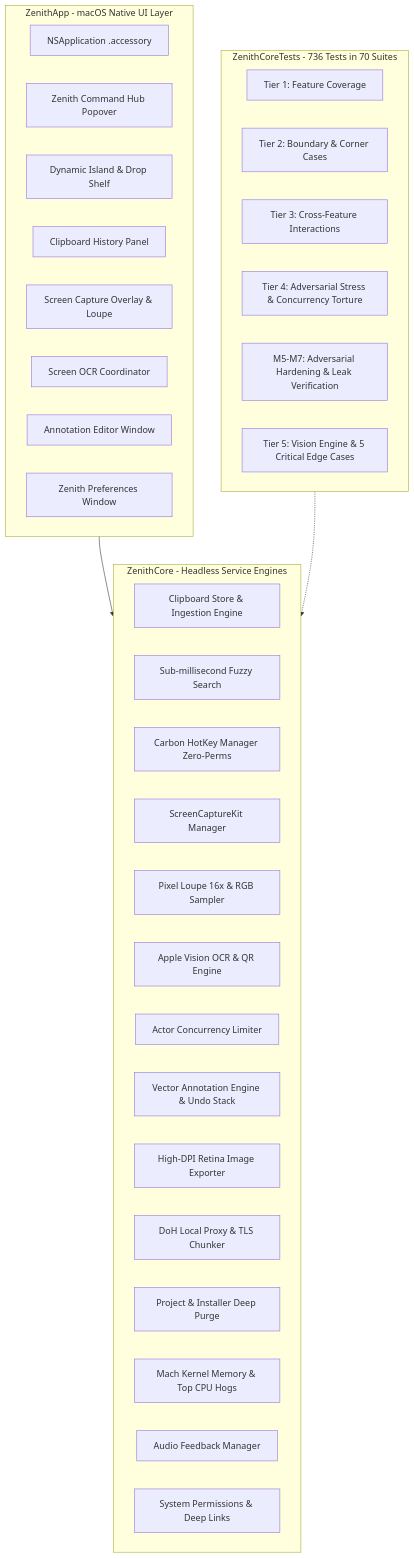
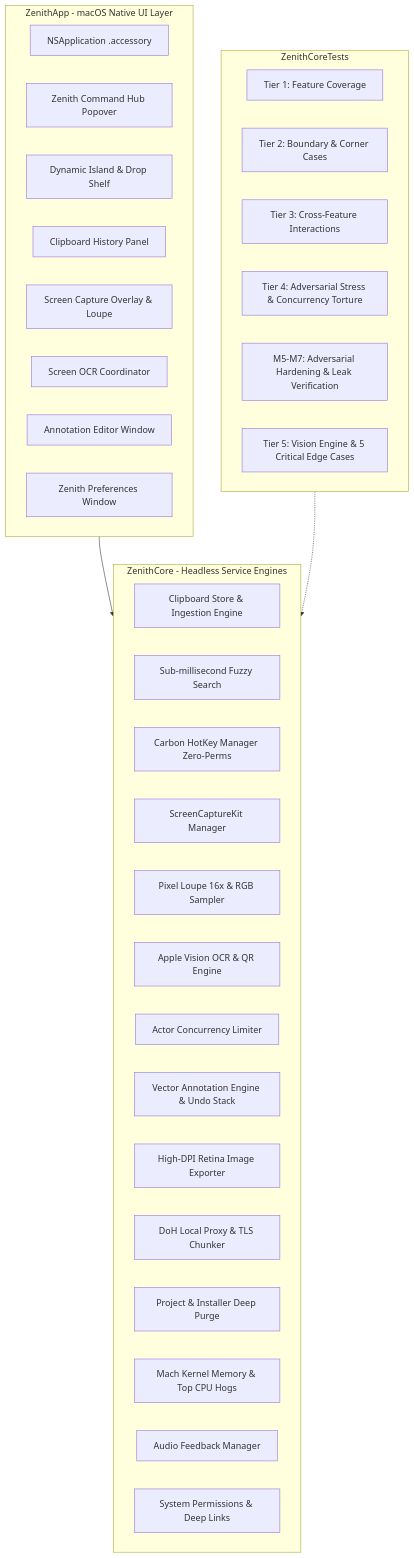
Before and after one commit to mynameisbat/zenith-macos: the diagram in README.md, drawn with Mermaid. The commit also changed other lines of this file and 4 other files, not shown here.

````diff
--- a/README.md
+++ b/README.md
@@ -208,42 +208,42 @@
 ```mermaid
 graph TD
     subgraph UI_Layer [ZenithApp - macOS Native UI Layer]
         NSApp[NSApplication .accessory]
         MenuHub[Zenith Command Hub Popover]
         NotchHUD[Dynamic Island & Drop Shelf]
         ClipPanel[Clipboard History Panel]
         CapOverlay[Screen Capture Overlay & Loupe]
         OCRCoordinator[Screen OCR Coordinator]
         AnnotWin[Annotation Editor Window]
         PrefWin[Zenith Preferences Window]
     end
 
     subgraph Core_Layer [ZenithCore - Headless Service Engines]
         ClipStore[Clipboard Store & Ingestion Engine]
         FuzzySearch[Sub-millisecond Fuzzy Search]
         HotKeys[Carbon HotKey Manager Zero-Perms]
         SCKit[ScreenCaptureKit Manager]
         Loupe[Pixel Loupe 16x & RGB Sampler]
         VisionEngine[Apple Vision OCR & QR Engine]
         VisionLimiter[Actor Concurrency Limiter]
         AnnotEngine[Vector Annotation Engine & Undo Stack]
         ExportService[High-DPI Retina Image Exporter]
         DoHProxy[DoH Local Proxy & TLS Chunker]
         PurgeService[Project & Installer Deep Purge]
         Telemetry[Mach Kernel Memory & Top CPU Hogs]
         AudioMgr[Audio Feedback Manager]
         Perms[System Permissions & Deep Links]
     end
 
-    subgraph Test_Layer [ZenithCoreTests - 736 Tests in 70 Suites]
+    subgraph Test_Layer [ZenithCoreTests]
         T1[Tier 1: Feature Coverage]
         T2[Tier 2: Boundary & Corner Cases]
         T3[Tier 3: Cross-Feature Interactions]
         T4[Tier 4: Adversarial Stress & Concurrency Torture]
         T5[M5-M7: Adversarial Hardening & Leak Verification]
         T6[Tier 5: Vision Engine & 5 Critical Edge Cases]
     end
 
     UI_Layer --> Core_Layer
     Test_Layer -.-> Core_Layer
 ```
````
